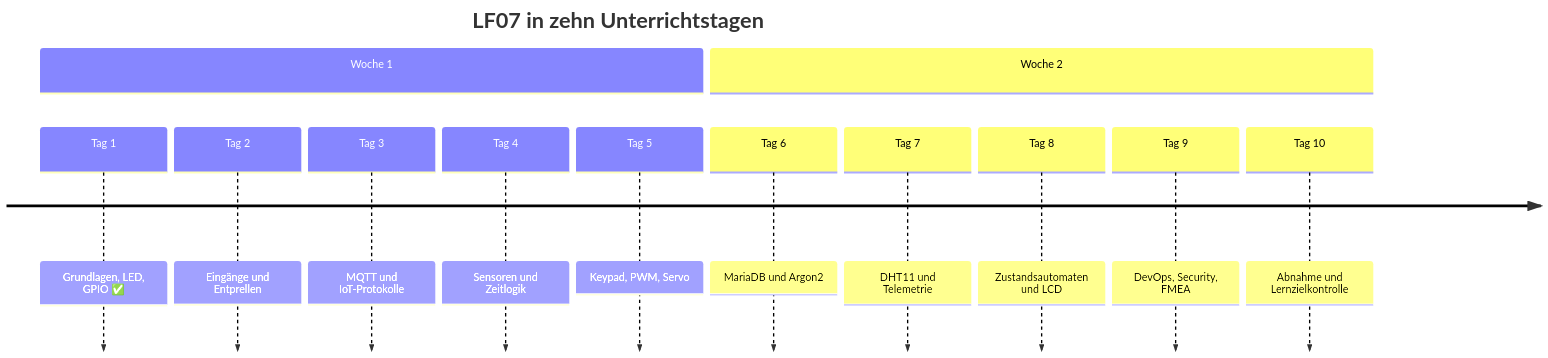
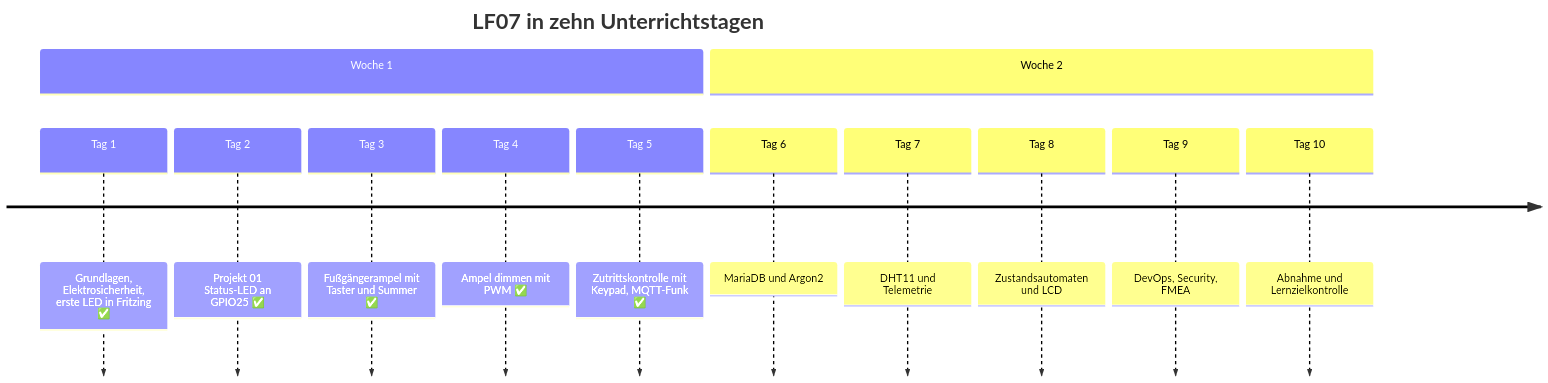
The third of 4 diagrams in README.de.md (philmay1/lf07-cyber-physische-systeme), drawn with Mermaid before and after one commit. The commit also changed other lines of this file and 9 other files, not shown here.

````diff
--- a/README.de.md
+++ b/README.de.md
@@ -199,16 +181,16 @@
 ```mermaid
 timeline
     title LF07 in zehn Unterrichtstagen
     section Woche 1
-        Tag 1 : Grundlagen, LED, GPIO ✅
-        Tag 2 : Eingänge und Entprellen
-        Tag 3 : MQTT und IoT-Protokolle
-        Tag 4 : Sensoren und Zeitlogik
-        Tag 5 : Keypad, PWM, Servo
+        Tag 1 : Grundlagen, Elektrosicherheit, erste LED in Fritzing ✅
+        Tag 2 : Projekt 01 Status-LED an GPIO25 ✅
+        Tag 3 : Fußgängerampel mit Taster und Summer ✅
+        Tag 4 : Ampel dimmen mit PWM ✅
+        Tag 5 : Zutrittskontrolle mit Keypad, MQTT-Funk ✅
     section Woche 2
         Tag 6 : MariaDB und Argon2
         Tag 7 : DHT11 und Telemetrie
         Tag 8 : Zustandsautomaten und LCD
         Tag 9 : DevOps, Security, FMEA
         Tag 10 : Abnahme und Lernzielkontrolle
 ```
````
